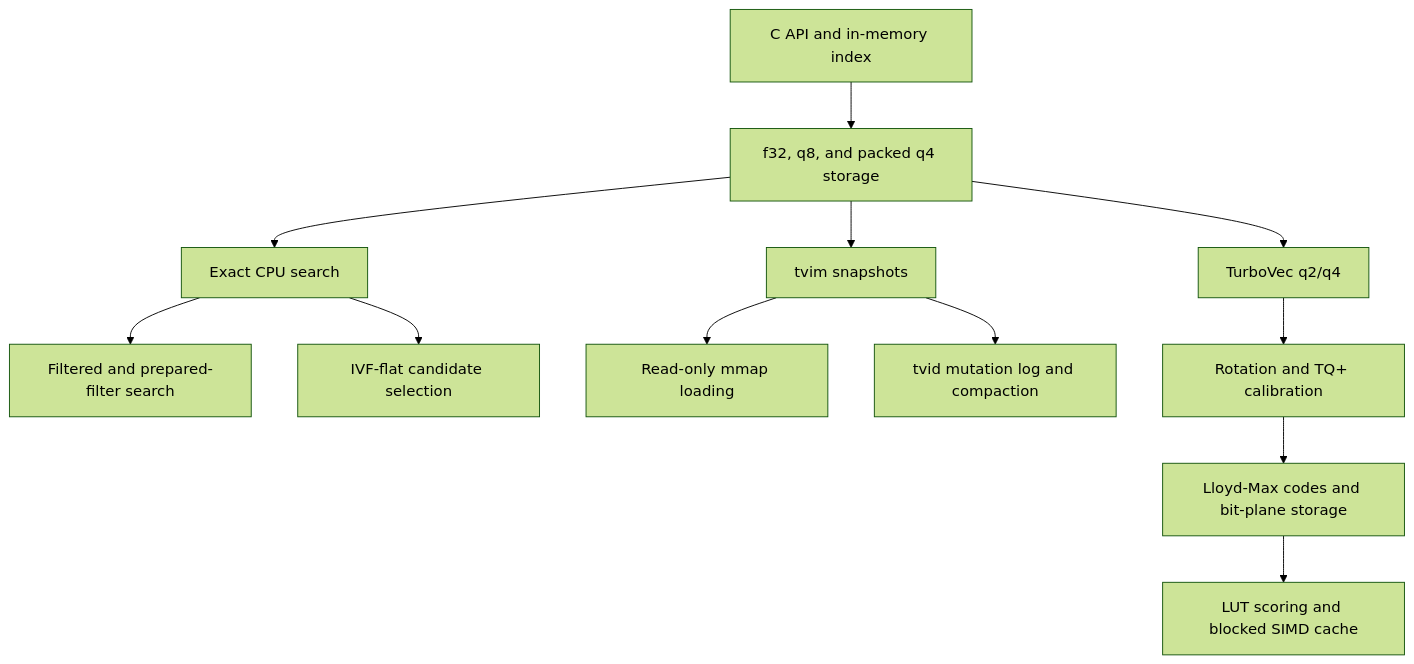
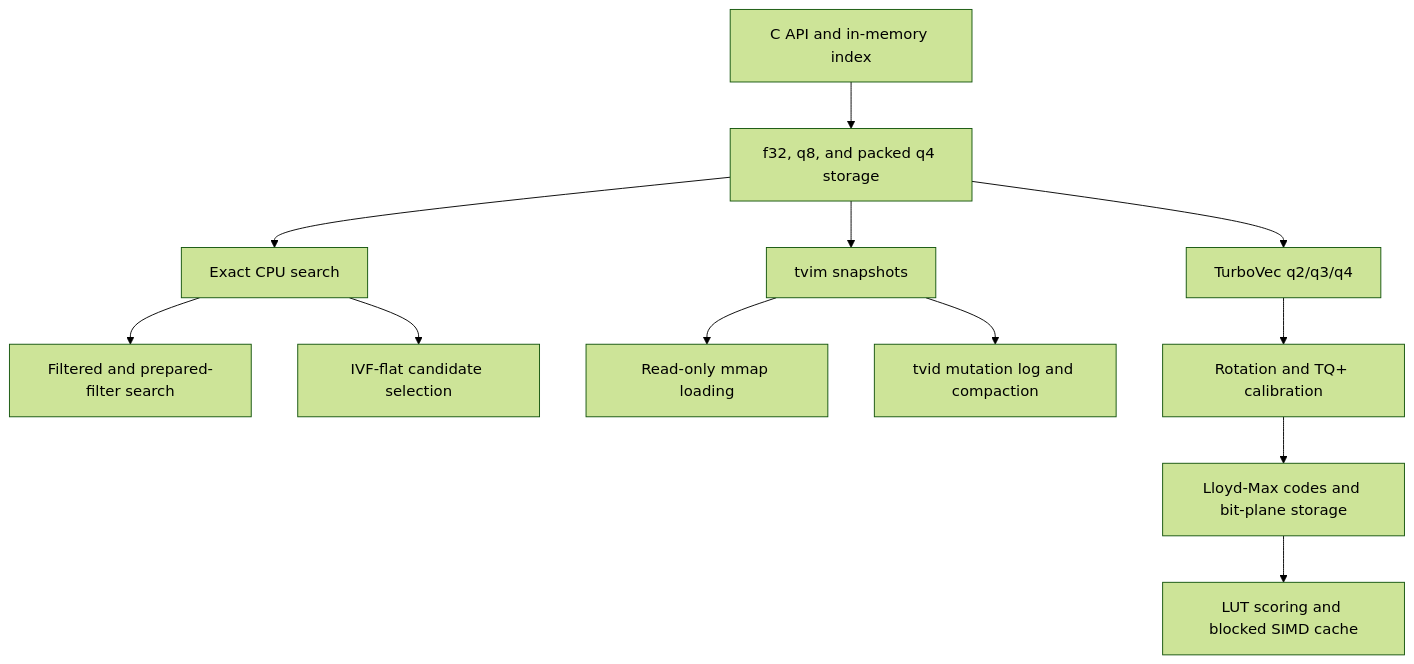
The diagram in docs/vector-index.md (tetherto/qvac-fabric-llm.cpp), drawn with Mermaid (forest theme) before and after one commit. The commit also changed other lines of this file and 1389 other files, not shown here.

````diff
--- a/docs/vector-index.md
+++ b/docs/vector-index.md
@@ -17,14 +17,14 @@
 ```mermaid
 flowchart TD
     api["C API and in-memory index"] --> storage["f32, q8, and packed q4 storage"]
     storage --> exact["Exact CPU search"]
     exact --> filters["Filtered and prepared-filter search"]
     exact --> ivf["IVF-flat candidate selection"]
     storage --> snapshot["tvim snapshots"]
     snapshot --> mmap["Read-only mmap loading"]
     snapshot --> delta["tvid mutation log and compaction"]
-    storage --> turbovec["TurboVec q2/q4"]
+    storage --> turbovec["TurboVec q2/q3/q4"]
     turbovec --> rotation["Rotation and TQ+ calibration"]
     rotation --> codes["Lloyd-Max codes and bit-plane storage"]
     codes --> lut["LUT scoring and blocked SIMD cache"]
 ```
````
